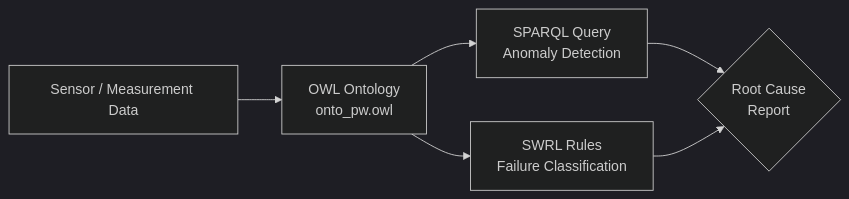
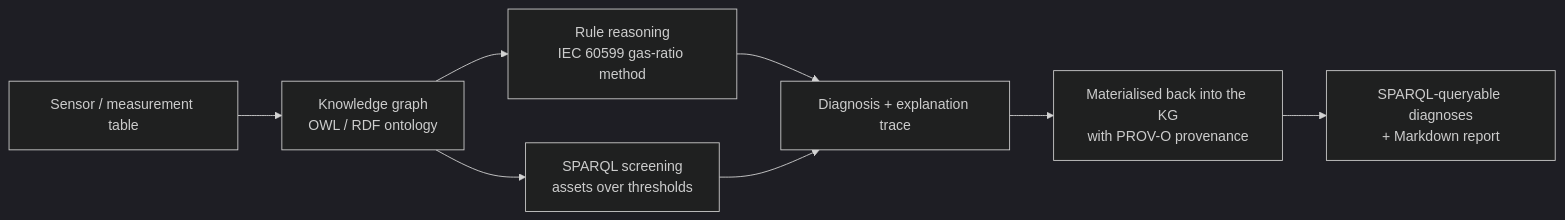
The diagram in README.md (jorge-martinez-gil/root-cause-analysis), drawn with Mermaid (dark theme) before and after one commit. The commit also changed other lines of this file and 30 other files, not shown here.

First line of the commit message:
feat: real explainable IEC 60599 reasoning engine, consistent ontology, PROV-O provenance

````diff
--- a/README.md
+++ b/README.md
@@ -40,8 +47,10 @@
 ```mermaid
 flowchart LR
-    A[Sensor / Measurement Data] --> B[OWL Ontology\nonto_pw.owl]
-    B --> C[SPARQL Query\nAnomaly Detection]
-    B --> D[SWRL Rules\nFailure Classification]
-    C --> E{Root Cause\nReport}
-    D --> E
+    A[Sensor / measurement table] --> B[Knowledge graph<br/>OWL / RDF ontology]
+    B --> C[SPARQL screening<br/>assets over thresholds]
+    B --> D[Rule reasoning<br/>IEC 60599 gas-ratio method]
+    D --> E[Diagnosis + explanation trace]
+    C --> E
+    E --> F[Materialised back into the KG<br/>with PROV-O provenance]
+    F --> G[SPARQL-queryable diagnoses<br/>+ Markdown report]
 ```
````
